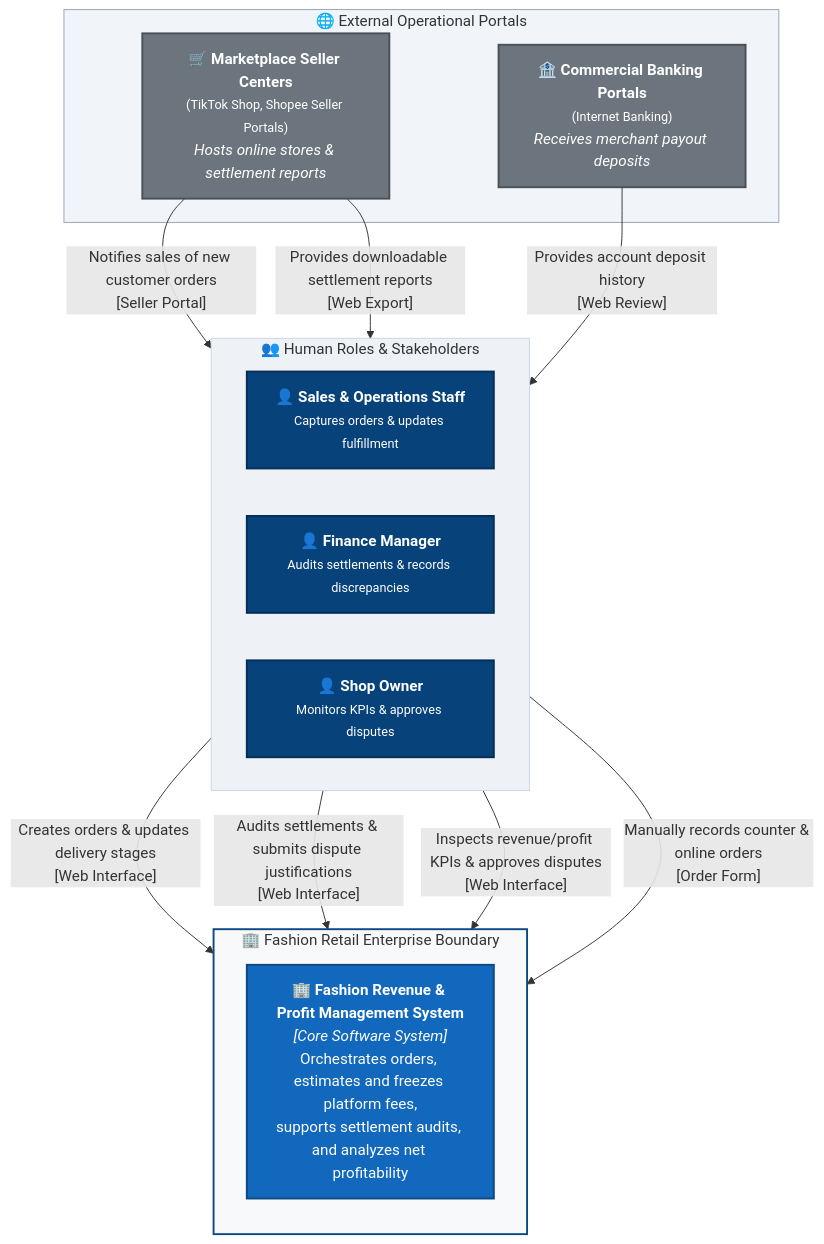
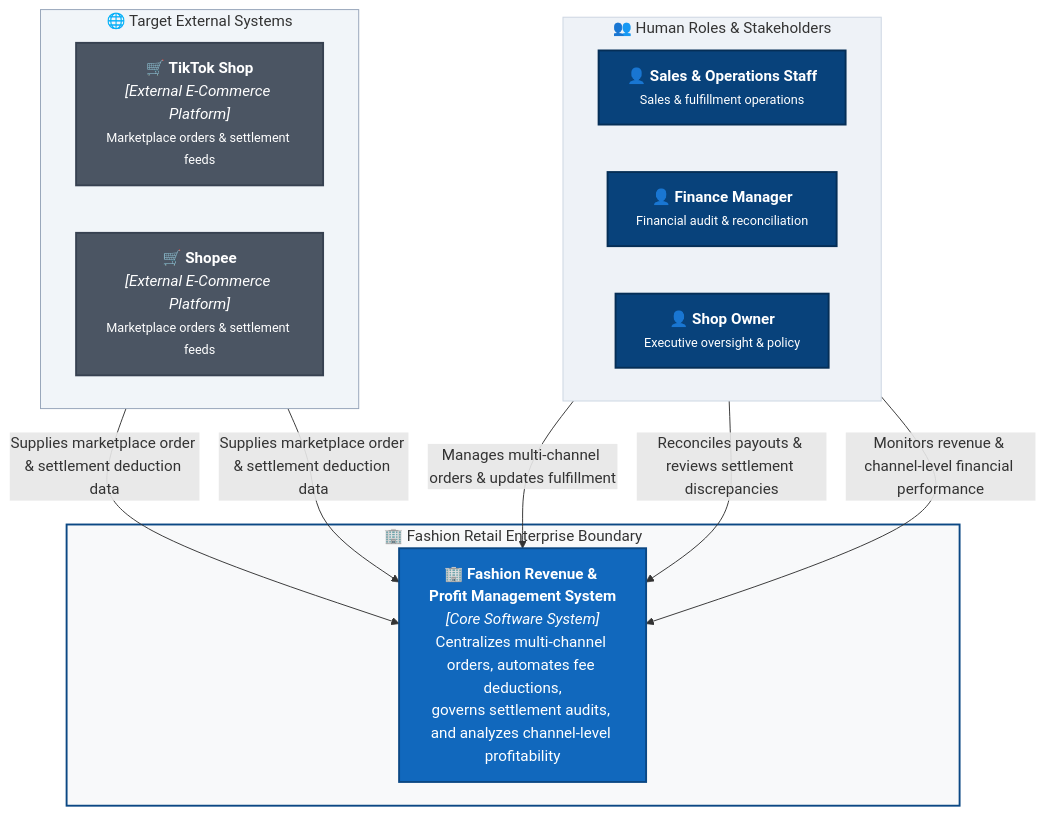
One commit to duchoa0405/Quanly_DoanhThu_LoiNhuan_DangDucHoa_VSF changed the diagram in docs/architecture/c4-context_en.md. Above: the diagram before and after it, drawn with Mermaid. The commit also changed other lines of this file, not shown here.

````diff
--- a/docs/architecture/c4-context_en.md
+++ b/docs/architecture/c4-context_en.md
@@ -83,47 +82,44 @@
 ```mermaid
 flowchart TB
-    %% Human Actors (C4 Person)
+    %% Human Actors
     subgraph Actors [" 👥 Human Roles & Stakeholders "]
         direction LR
-        sales["👤 <b>Sales & Operations Staff</b><br/><small>Captures orders & updates fulfillment</small>"]
-        fin["👤 <b>Finance Manager</b><br/><small>Audits settlements & records discrepancies</small>"]
-        owner["👤 <b>Shop Owner</b><br/><small>Monitors KPIs & approves disputes</small>"]
+        sales["👤 <b>Sales & Operations Staff</b><br/><small>Sales & fulfillment operations</small>"]
+        fin["👤 <b>Finance Manager</b><br/><small>Financial audit & reconciliation</small>"]
+        owner["👤 <b>Shop Owner</b><br/><small>Executive oversight & policy</small>"]
     end
 
-    %% External Operational Systems (AS-IS Only)
-    subgraph ExternalSystems [" 🌐 External Operational Portals "]
-        mktPlace["🛒 <b>Marketplace Seller Centers</b><br/><small>(TikTok Shop, Shopee Seller Portals)</small><br/><i>Hosts online stores & settlement reports</i>"]
-        bankPortal["🏦 <b>Commercial Banking Portals</b><br/><small>(Internet Banking)</small><br/><i>Receives merchant payout deposits</i>"]
+    %% Target External Systems
+    subgraph TargetExternalSystems [" 🌐 Target External Systems "]
+        direction LR
+        tiktok["🛒 <b>TikTok Shop</b><br/><i>[External E-Commerce Platform]</i><br/><small>Marketplace orders & settlement feeds</small>"]
+        shopee["🛒 <b>Shopee</b><br/><i>[External E-Commerce Platform]</i><br/><small>Marketplace orders & settlement feeds</small>"]
     end
 
-    %% Core System Boundary
+    %% Central System Boundary
     subgraph EnterpriseBoundary [" 🏢 Fashion Retail Enterprise Boundary "]
-        direction TB
-        system["🏢 <b>Fashion Revenue & Profit Management System</b><br/><i>[Core Software System]</i><br/>Orchestrates orders, estimates and freezes platform fees,<br/>supports settlement audits, and analyzes net profitability"]
+        system["🏢 <b>Fashion Revenue & Profit Management System</b><br/><i>[Core Software System]</i><br/>Centralizes multi-channel orders, automates fee deductions,<br/>governs settlement audits, and analyzes channel-level profitability"]
     end
 
-    %% Actor Interactions with System
-    sales -->|"Creates orders & updates delivery stages<br/>[Web Interface]"| system
-    fin -->|"Audits settlements & submits dispute justifications<br/>[Web Interface]"| system
-    owner -->|"Inspects revenue/profit KPIs & approves disputes<br/>[Web Interface]"| system
+    %% Business Relationships - Actors to System
+    sales -->|"Manages multi-channel orders & updates fulfillment"| system
+    fin -->|"Reconciles payouts & reviews settlement discrepancies"| system
+    owner -->|"Monitors revenue & channel-level financial performance"| system
 
-    %% Interactions with External Systems
-    mktPlace -->|"Notifies sales of new customer orders<br/>[Seller Portal]"| sales
-    sales -->|"Manually records counter & online orders<br/>[Order Form]"| system
-
-    mktPlace -->|"Provides downloadable settlement reports<br/>[Web Export]"| fin
-    bankPortal -->|"Provides account deposit history<br/>[Web Review]"| fin
+    %% Business Relationships - External Systems to Core System
+    tiktok -->|"Supplies marketplace order & settlement deduction data"| system
+    shopee -->|"Supplies marketplace order & settlement deduction data"| system
 
     %% Styling
     classDef personStyle fill:#08427b,stroke:#052e56,color:#ffffff,stroke-width:2px;
     classDef systemStyle fill:#1168bd,stroke:#0b4884,color:#ffffff,stroke-width:2px;
-    classDef extStyle fill:#6c757d,stroke:#495057,color:#ffffff,stroke-width:2px;
+    classDef extStyle fill:#4b5563,stroke:#374151,color:#ffffff,stroke-width:2px;
 
     class sales,fin,owner personStyle;
     class system systemStyle;
-    class mktPlace,bankPortal extStyle;
+    class tiktok,shopee extStyle;
 
     style EnterpriseBoundary fill:#f8f9fa,stroke:#0b4884,stroke-width:2px;
     style Actors fill:#eef2f7,stroke:#cbd5e1,stroke-width:1px;
-    style ExternalSystems fill:#f1f5f9,stroke:#94a3b8,stroke-width:1px;
+    style TargetExternalSystems fill:#f1f5f9,stroke:#94a3b8,stroke-width:1px;
 ```
````
